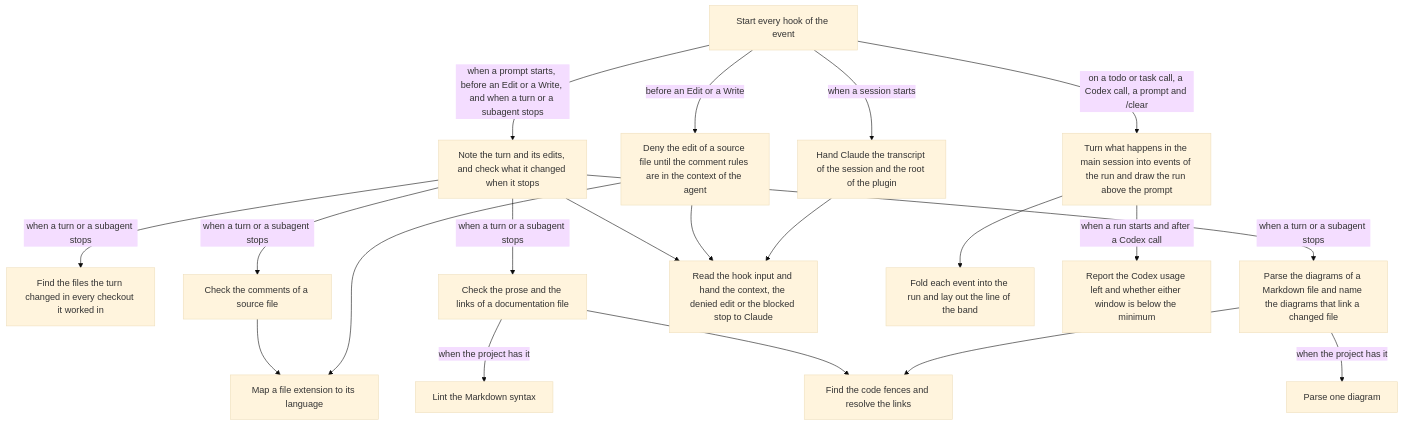
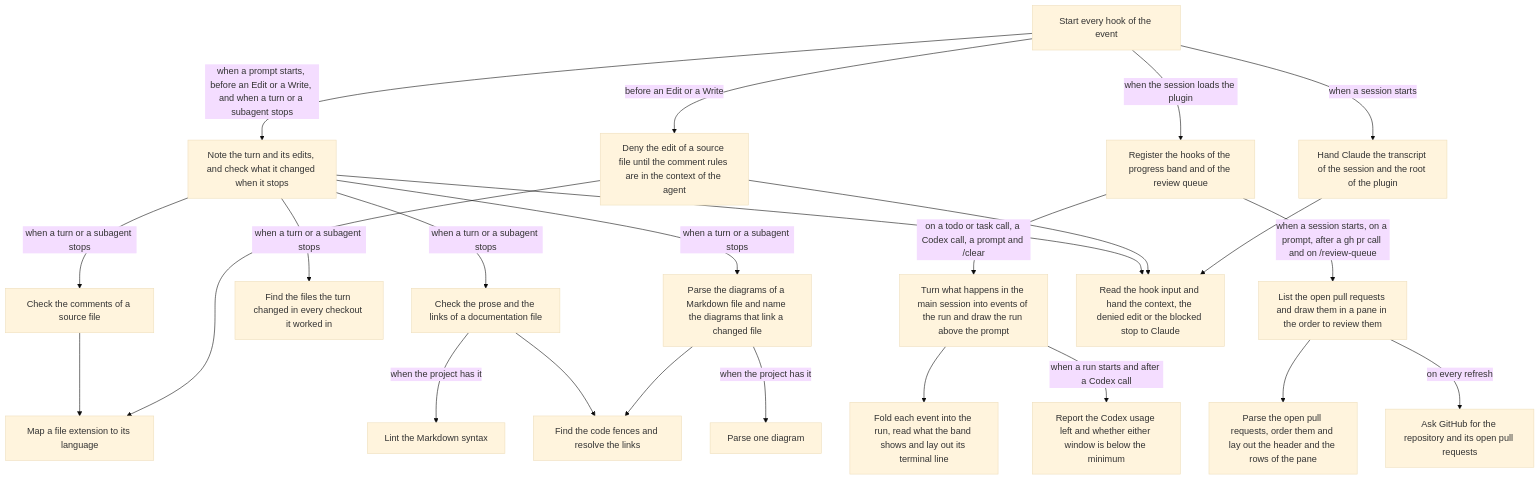
The diagram in hooks/README.md (renefatuaki/skills), drawn with Mermaid (base theme) before and after one commit. The commit also changed other lines of this file and 15 other files, not shown here.

First line of the commit message:
feat(hooks): list the open pull requests in review order and draw both mods in their own desktop layout (#20)

````diff
--- a/hooks/README.md
+++ b/hooks/README.md
@@ -5,24 +5,28 @@
 ```mermaid
 flowchart TD
-  accTitle: What happens when a session starts, while a turn runs, and while Claude works through a todo list?
+  accTitle: What happens when a session starts, while a turn runs, while Claude works through a todo list, and when the pull requests of the repository change?
   hooksJson["Start every hook of the event"]
   hooksJson -->|"when a session starts"| sessionContext["Hand Claude the transcript of the session and the root of the plugin"]
   hooksJson -->|"before an Edit or a Write"| loadCommentRules["Deny the edit of a source file until the comment rules are in the context of the agent"]
   hooksJson -->|"when a prompt starts, before an Edit or a Write, and when a turn or a subagent stops"| checkTurn["Note the turn and its edits, and check what it changed when it stops"]
-  hooksJson -->|"on a todo or task call, a Codex call, a prompt and /clear"| progress["Turn what happens in the main session into events of the run and draw the run above the prompt"]
+  hooksJson -->|"when the session loads the plugin"| module["Register the hooks of the progress band and of the review queue"]
+  module -->|"on a todo or task call, a Codex call, a prompt and /clear"| progress["Turn what happens in the main session into events of the run and draw the run above the prompt"]
+  module -->|"when a session starts, on a prompt, after a gh pr call and on /review-queue"| reviewQueue["List the open pull requests and draw them in a pane in the order to review them"]
   checkTurn -->|"when a turn or a subagent stops"| changes["Find the files the turn changed in every checkout it worked in"]
   checkTurn -->|"when a turn or a subagent stops"| comments["Check the comments of a source file"]
   checkTurn -->|"when a turn or a subagent stops"| docs["Check the prose and the links of a documentation file"]
   checkTurn -->|"when a turn or a subagent stops"| diagrams["Parse the diagrams of a Markdown file and name the diagrams that link a changed file"]
   docs -->|"when the project has it"| markdownlint["Lint the Markdown syntax"]
   diagrams -->|"when the project has it"| mermaid["Parse one diagram"]
   docs --> markdown["Find the code fences and resolve the links"]
   diagrams --> markdown
   comments --> languages["Map a file extension to its language"]
   loadCommentRules --> languages
   checkTurn --> hook["Read the hook input and hand the context, the denied edit or the blocked stop to Claude"]
   loadCommentRules --> hook
   sessionContext --> hook
-  progress --> run["Fold each event into the run and lay out the line of the band"]
+  progress --> run["Fold each event into the run, read what the band shows and lay out its terminal line"]
+  reviewQueue --> order["Parse the open pull requests, order them and lay out the header and the rows of the pane"]
+  reviewQueue -->|"on every refresh"| gh["Ask GitHub for the repository and its open pull requests"]
   progress -->|"when a run starts and after a Codex call"| codexModel["Report the Codex usage left and whether either window is below the minimum"]
 ```
````
